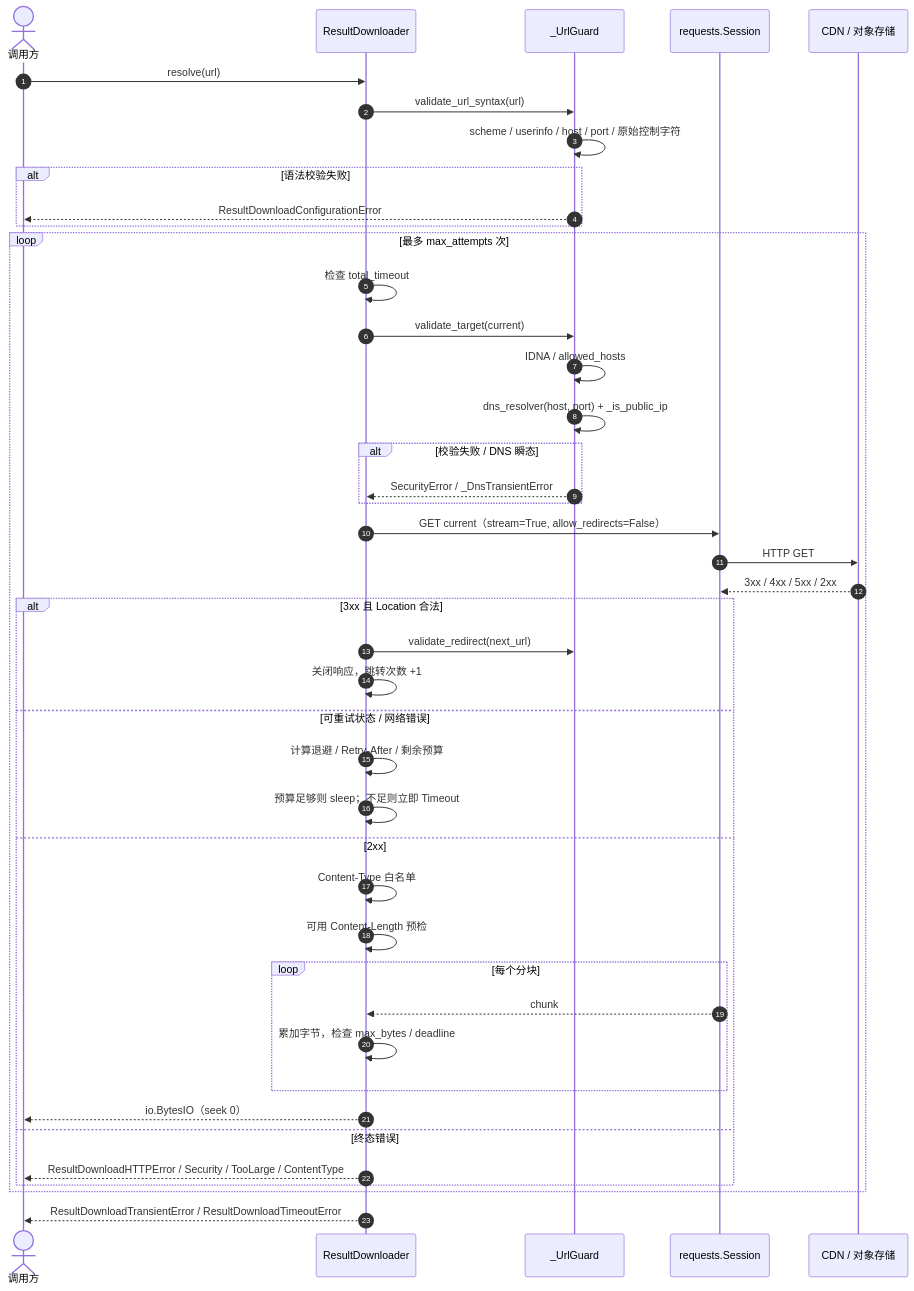
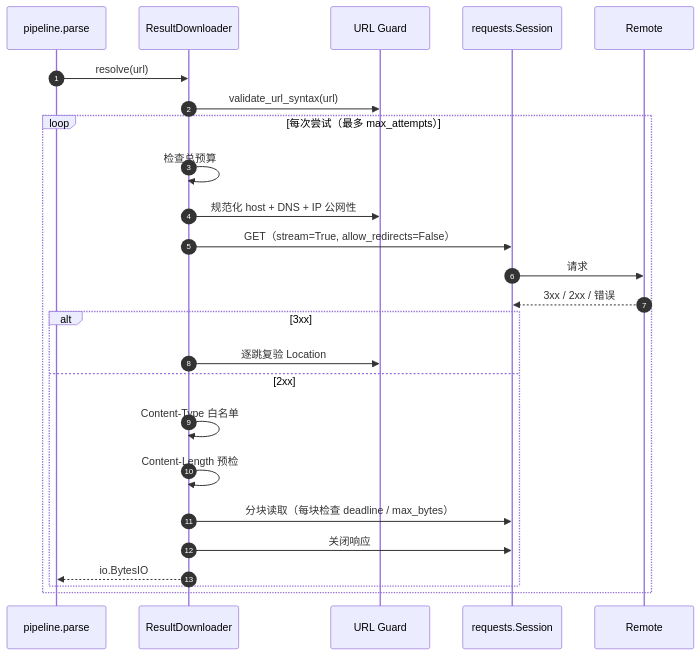
Before and after one commit to dream-365/mineru-parser: the third of 3 diagrams in docs/specs/SPEC-002-result-downloader/spec.md, drawn with Mermaid. The commit also changed other lines of this file and 3 other files, not shown here.

````diff
--- a/docs/specs/SPEC-002-result-downloader/spec.md
+++ b/docs/specs/SPEC-002-result-downloader/spec.md
@@ -360,47 +251,28 @@
 ```mermaid
 sequenceDiagram
     autonumber
-    actor Caller as 调用方
-    participant DL as ResultDownloader
-    participant Guard as _UrlGuard
+    participant P as pipeline.parse
+    participant D as ResultDownloader
+    participant G as URL Guard
     participant S as requests.Session
-    participant CDN as CDN / 对象存储
+    participant R as Remote
 
-    Caller->>DL: resolve(url)
-    DL->>Guard: validate_url_syntax(url)
-    Guard->>Guard: scheme / userinfo / host / port / 原始控制字符
-    alt 语法校验失败
-        Guard-->>Caller: ResultDownloadConfigurationError
-    end
-
-    loop 最多 max_attempts 次
-        DL->>DL: 检查 total_timeout
-        DL->>Guard: validate_target(current)
-        Guard->>Guard: IDNA / allowed_hosts
-        Guard->>Guard: dns_resolver(host, port) + _is_public_ip
-        alt 校验失败 / DNS 瞬态
-            Guard-->>DL: SecurityError / _DnsTransientError
-        end
-        DL->>S: GET current（stream=True, allow_redirects=False）
-        S->>CDN: HTTP GET
-        CDN-->>S: 3xx / 4xx / 5xx / 2xx
-        alt 3xx 且 Location 合法
-            DL->>Guard: validate_redirect(next_url)
-            DL->>DL: 关闭响应，跳转次数 +1
-        else 可重试状态 / 网络错误
-            DL->>DL: 计算退避 / Retry-After / 剩余预算
-            DL->>DL: 预算足够则 sleep；不足则立即 Timeout
+    P->>D: resolve(url)
+    D->>G: validate_url_syntax(url)
+    loop 每次尝试（最多 max_attempts）
+        D->>D: 检查总预算
+        D->>G: 规范化 host + DNS + IP 公网性
+        D->>S: GET（stream=True, allow_redirects=False）
+        S->>R: 请求
+        R-->>S: 3xx / 2xx / 错误
+        alt 3xx
+            D->>G: 逐跳复验 Location
         else 2xx
-            DL->>DL: Content-Type 白名单
-            DL->>DL: 可用 Content-Length 预检
-            loop 每个分块
-                S-->>DL: chunk
-                DL->>DL: 累加字节，检查 max_bytes / deadline
-            end
-            DL-->>Caller: io.BytesIO（seek 0）
-        else 终态错误
-            DL-->>Caller: ResultDownloadHTTPError / Security / TooLarge / ContentType
+            D->>D: Content-Type 白名单
+            D->>D: Content-Length 预检
+            D->>S: 分块读取（每块检查 deadline / max_bytes）
+            D->>S: 关闭响应
+            D-->>P: io.BytesIO
         end
     end
-    DL-->>Caller: ResultDownloadTransientError / ResultDownloadTimeoutError
 ```
````
